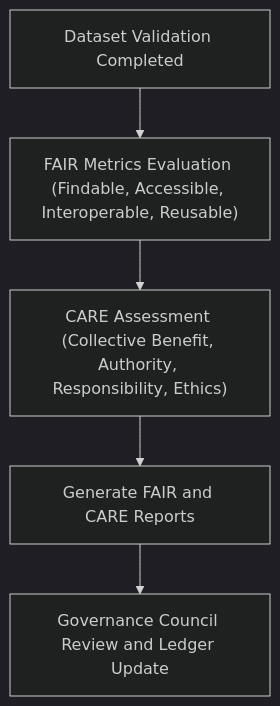
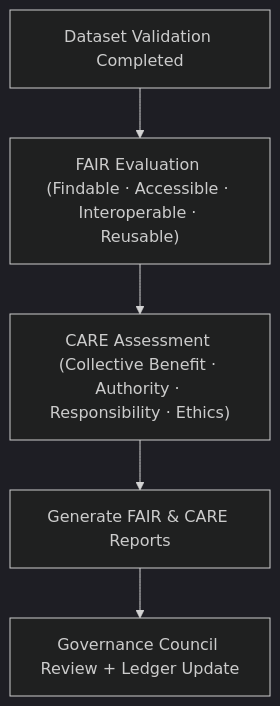
One commit to bartytime4life/Kansas-Frontier-Matrix changed the diagram in data/reports/fair/README.md. Above: the diagram before and after it, drawn with Mermaid (dark theme). The commit also changed other lines of this file, not shown here.

````diff
--- a/data/reports/fair/README.md
+++ b/data/reports/fair/README.md
@@ -60,7 +64,7 @@
 ```mermaid
 flowchart TD
-    A["Dataset Validation Completed"] --> B["FAIR Metrics Evaluation (Findable, Accessible, Interoperable, Reusable)"]
-    B --> C["CARE Assessment (Collective Benefit, Authority, Responsibility, Ethics)"]
-    C --> D["Generate FAIR and CARE Reports"]
-    D --> E["Governance Council Review and Ledger Update"]
+    A["Dataset Validation Completed"] --> B["FAIR Evaluation (Findable · Accessible · Interoperable · Reusable)"]
+    B --> C["CARE Assessment (Collective Benefit · Authority · Responsibility · Ethics)"]
+    C --> D["Generate FAIR & CARE Reports"]
+    D --> E["Governance Council Review + Ledger Update"]
 ```
````
